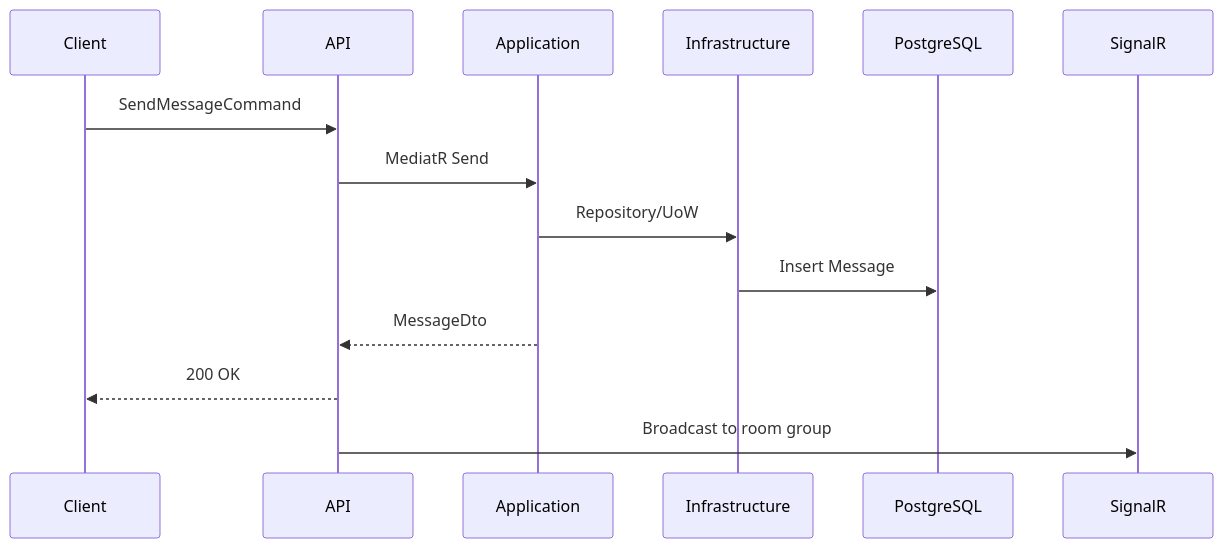
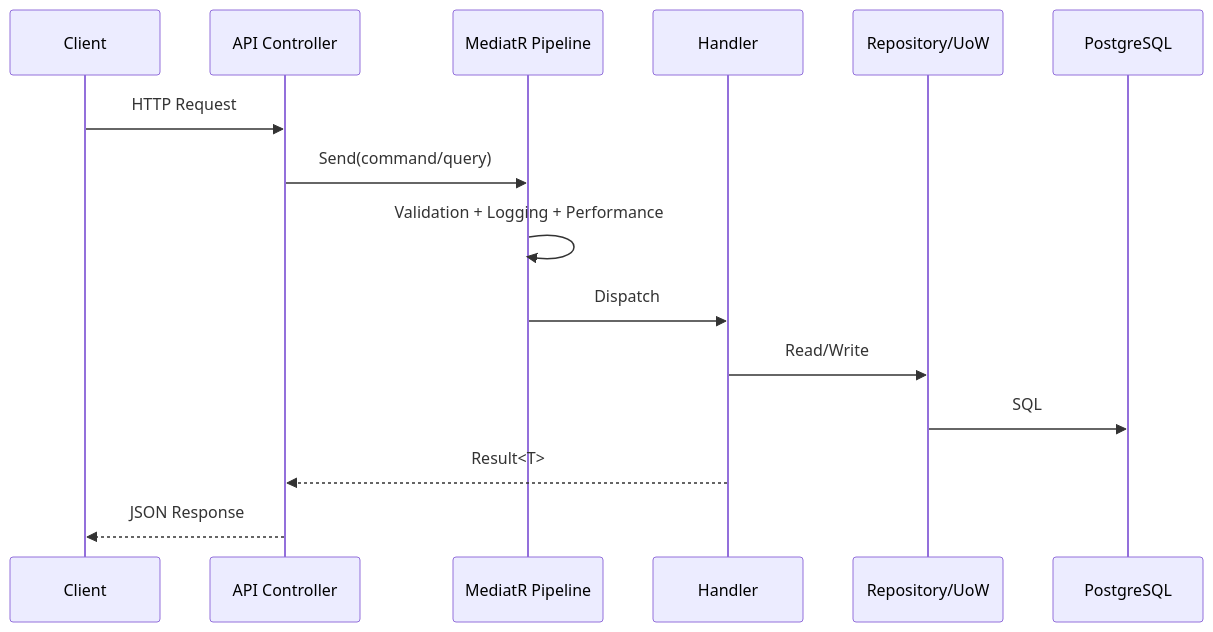
One commit to AsilK/dotnet-realtime-chat-clean-architecture changed the second of 3 diagrams in docs/ARCHITECTURE.md. Above: the diagram before and after it, drawn with Mermaid. The commit also changed other lines of this file and 57 other files, not shown here.

````diff
--- a/docs/ARCHITECTURE.md
+++ b/docs/ARCHITECTURE.md
@@ -27,17 +78,18 @@
 ```mermaid
 sequenceDiagram
-  participant Client
-  participant API
-  participant App as Application
-  participant Infra as Infrastructure
-  participant DB as PostgreSQL
-  participant Hub as SignalR
+  participant C as Client
+  participant A as API Controller
+  participant M as MediatR Pipeline
+  participant H as Handler
+  participant R as Repository/UoW
+  participant D as PostgreSQL
 
-  Client->>API: SendMessageCommand
-  API->>App: MediatR Send
-  App->>Infra: Repository/UoW
-  Infra->>DB: Insert Message
-  App-->>API: MessageDto
-  API-->>Client: 200 OK
-  API->>Hub: Broadcast to room group
+  C->>A: HTTP Request
+  A->>M: Send(command/query)
+  M->>M: Validation + Logging + Performance
+  M->>H: Dispatch
+  H->>R: Read/Write
+  R->>D: SQL
+  H-->>A: Result<T>
+  A-->>C: JSON Response
 ```
````
